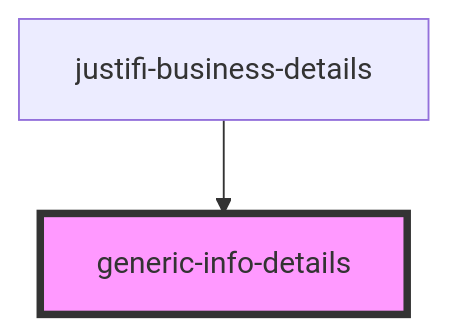
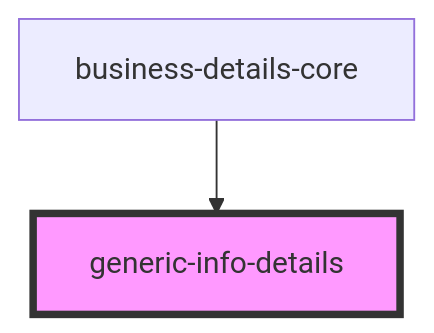
One commit to justifi-tech/web-component-library changed the diagram in packages/webcomponents/src/components/business-details/generic-info-details/readme.md. Above: the diagram before and after it, drawn with Mermaid. The commit also changed other lines of this file and 32 other files, not shown here.

````diff
--- a/packages/webcomponents/src/components/business-details/generic-info-details/readme.md
+++ b/packages/webcomponents/src/components/business-details/generic-info-details/readme.md
@@ -22,5 +22,5 @@
 ```mermaid
 graph TD;
-  justifi-business-details --> generic-info-details
+  business-details-core --> generic-info-details
   style generic-info-details fill:#f9f,stroke:#333,stroke-width:4px
 ```
````
